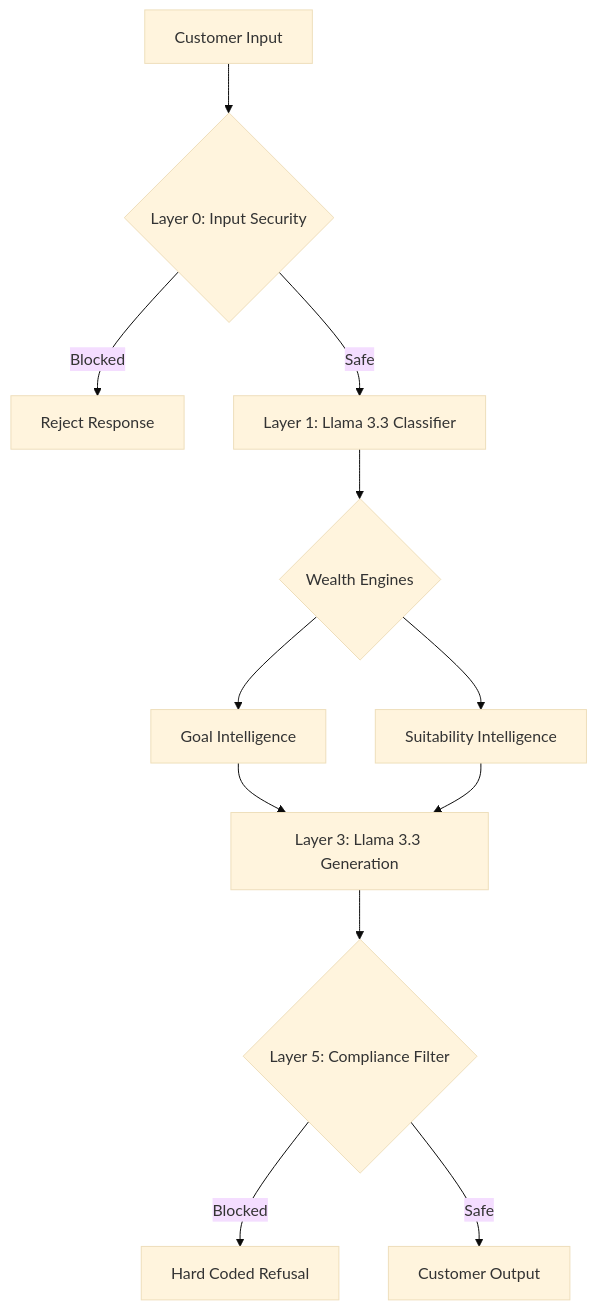
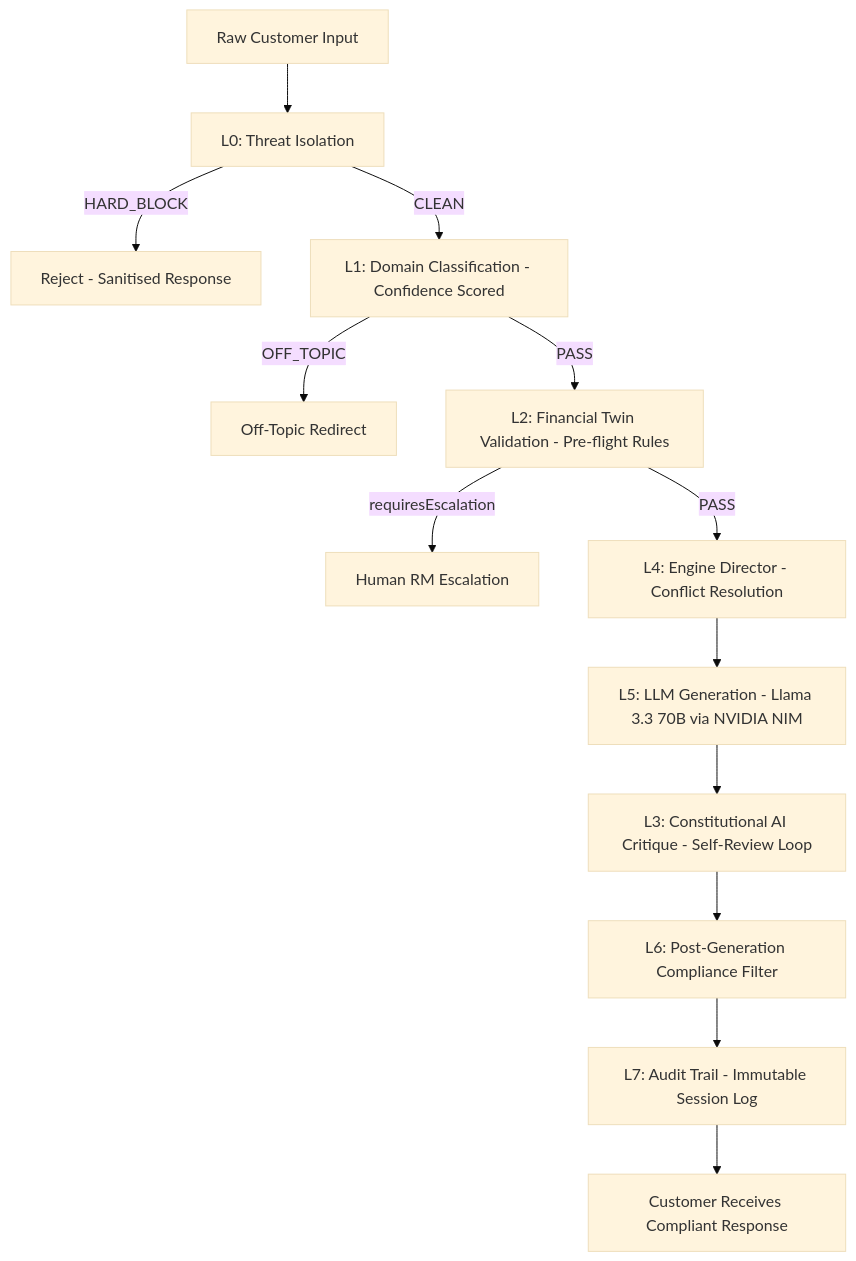
Before and after one commit to VIKAS9793/northstar-wealth-ai: the diagram in README.md, drawn with Mermaid (base theme). The commit also changed other lines of this file and 16 other files, not shown here.

````diff
--- a/README.md
+++ b/README.md
@@ -104,13 +104,15 @@
 ```mermaid
 graph TD
-  A[Customer Input] --> B{Layer 0: Input Security}
-  B -->|Blocked| C[Reject Response]
-  B -->|Safe| D[Layer 1: Llama 3.3 Classifier]
-  D --> E{Wealth Engines}
-  E --> F[Goal Intelligence]
-  E --> G[Suitability Intelligence]
-  F & G --> H[Layer 3: Llama 3.3 Generation]
-  H --> I{Layer 5: Compliance Filter}
-  I -->|Blocked| J[Hard Coded Refusal]
-  I -->|Safe| K[Customer Output]
+  A[Raw Customer Input] --> L0[L0: Threat Isolation]
+  L0 -->|HARD_BLOCK| BLOCK[Reject - Sanitised Response]
+  L0 -->|CLEAN| L1[L1: Domain Classification - Confidence Scored]
+  L1 -->|OFF_TOPIC| OT[Off-Topic Redirect]
+  L1 -->|PASS| L2[L2: Financial Twin Validation - Pre-flight Rules]
+  L2 -->|requiresEscalation| RM[Human RM Escalation]
+  L2 -->|PASS| L4[L4: Engine Director - Conflict Resolution]
+  L4 --> L5[L5: LLM Generation - Llama 3.3 70B via NVIDIA NIM]
+  L5 --> L3[L3: Constitutional AI Critique - Self-Review Loop]
+  L3 --> L6[L6: Post-Generation Compliance Filter]
+  L6 --> L7[L7: Audit Trail - Immutable Session Log]
+  L7 --> OUT[Customer Receives Compliant Response]
 ```
````
